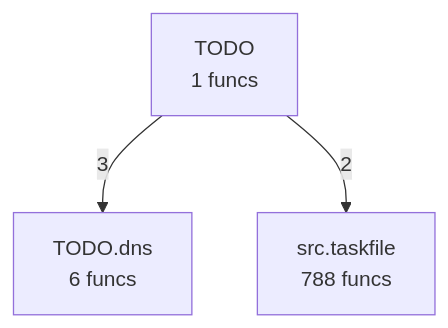
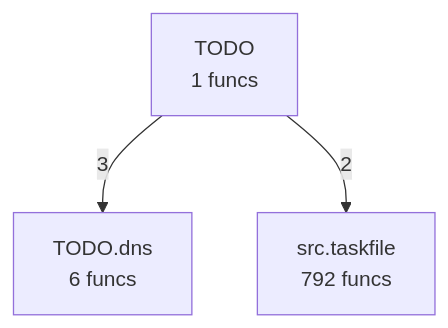
The diagram in project/compact_flow.mmd (pyfunc/taskfile), drawn with Mermaid before and after one commit. The commit also changed 23 other files, not shown here.

```diff
--- a/project/compact_flow.mmd
+++ b/project/compact_flow.mmd
@@ -1,6 +1,6 @@
 flowchart TD
     TODO["TODO<br/>1 funcs"]
     TODO_dns["TODO.dns<br/>6 funcs"]
-    src_taskfile["src.taskfile<br/>788 funcs"]
+    src_taskfile["src.taskfile<br/>792 funcs"]
     TODO -->|3| TODO_dns
     TODO -->|2| src_taskfile
```
